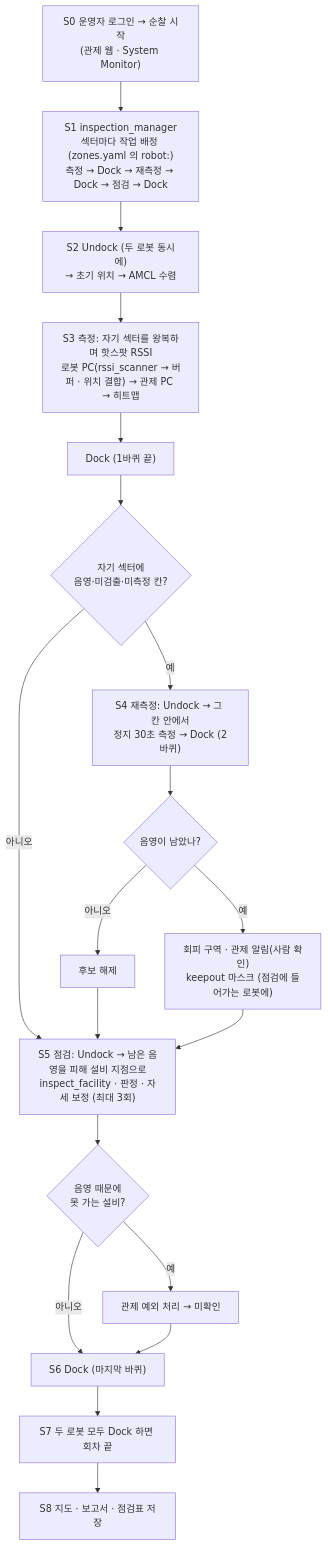
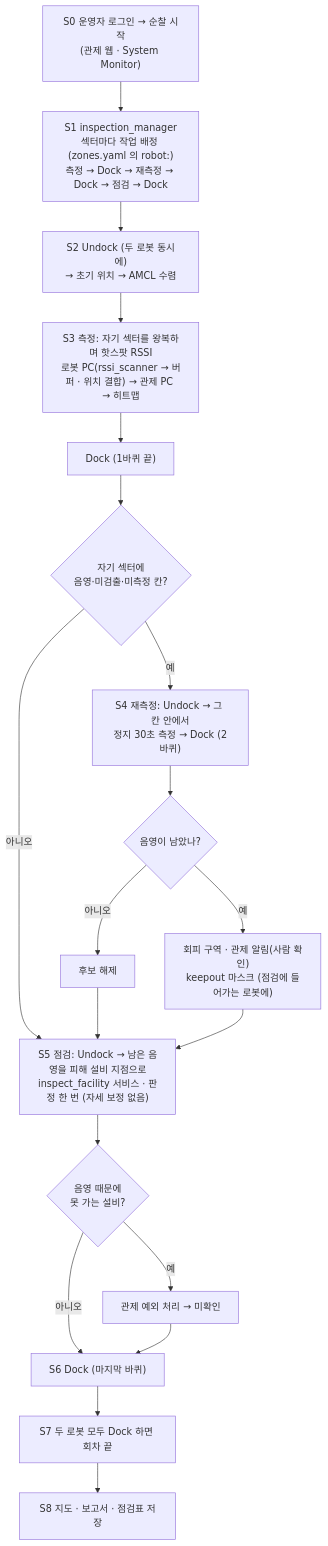
One commit to HJAE99/B_0102_Final_Project-archive changed the first of 4 diagrams in docs/deliverables/process_flow.md. Above: the diagram before and after it, drawn with Mermaid. The commit also changed other lines of this file and 16 other files, not shown here.

````diff
--- a/docs/deliverables/process_flow.md
+++ b/docs/deliverables/process_flow.md
@@ -20,21 +20,21 @@
 ```mermaid
 flowchart TD
   S0["S0 운영자 로그인 → 순찰 시작<br>(관제 웹 · System Monitor)"] --> S1["S1 inspection_manager<br>섹터마다 작업 배정 (zones.yaml 의 robot:)<br>측정 → Dock → 재측정 → Dock → 점검 → Dock"]
   S1 --> S2["S2 Undock (두 로봇 동시에)<br>→ 초기 위치 → AMCL 수렴"]
   S2 --> S3["S3 측정: 자기 섹터를 왕복하며 핫스팟 RSSI<br>로봇 PC(rssi_scanner → 버퍼 · 위치 결합) → 관제 PC → 히트맵"]
   S3 --> D1["Dock (1바퀴 끝)"]
   D1 --> Q1{"자기 섹터에<br>음영·미검출·미측정 칸?"}
   Q1 -- 예 --> S4["S4 재측정: Undock → 그 칸 안에서<br>정지 30초 측정 → Dock (2바퀴)"]
   Q1 -- 아니오 --> S5
   S4 --> Q2{"음영이 남았나?"}
   Q2 -- 아니오 --> R1["후보 해제"]
   Q2 -- 예 --> M1["회피 구역 · 관제 알림(사람 확인)<br>keepout 마스크 (점검에 들어가는 로봇에)"]
   R1 --> S5
-  M1 --> S5["S5 점검: Undock → 남은 음영을 피해 설비 지점으로<br>inspect_facility · 판정 · 자세 보정 (최대 3회)"]
+  M1 --> S5["S5 점검: Undock → 남은 음영을 피해 설비 지점으로<br>inspect_facility 서비스 · 판정 한 번 (자세 보정 없음)"]
   S5 --> Q3{"음영 때문에<br>못 가는 설비?"}
   Q3 -- 예 --> E1["관제 예외 처리 → 미확인"]
   Q3 -- 아니오 --> S6
   E1 --> S6["S6 Dock (마지막 바퀴)"]
   S6 --> S7["S7 두 로봇 모두 Dock 하면 회차 끝"]
   S7 --> S8["S8 지도 · 보고서 · 점검표 저장"]
 ```
````
